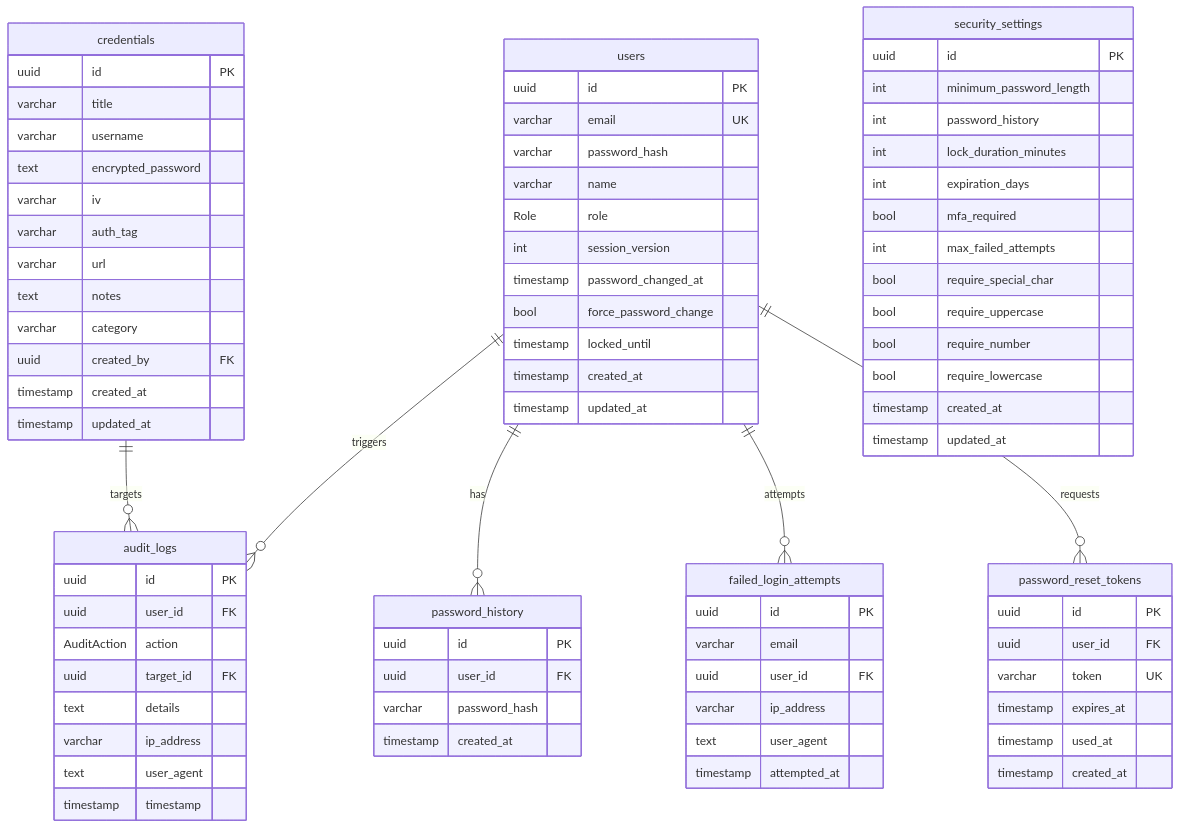
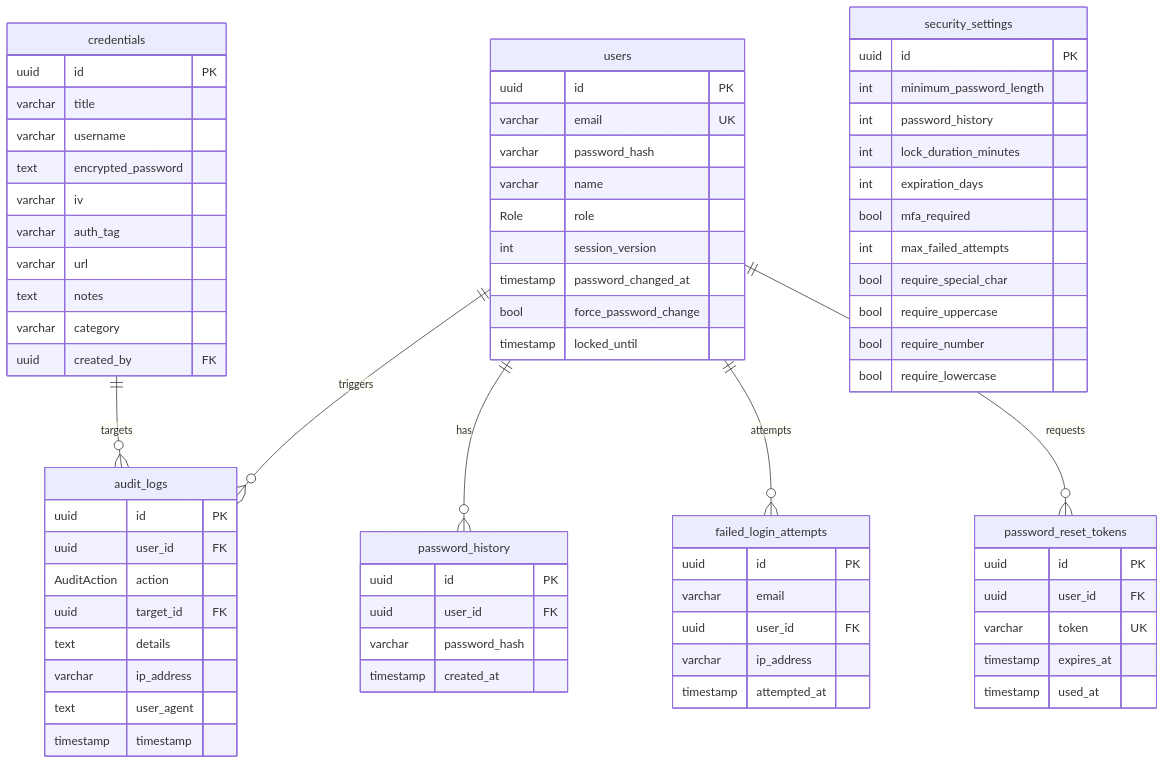
Before and after one commit to NajmAlzorqah/secure-vault: the diagram in README.md, drawn with Mermaid. The commit also changed other lines of this file and 7 other files, not shown here.

```diff
--- a/README.md
+++ b/README.md
@@ -162,8 +200,6 @@
         timestamp password_changed_at
         bool force_password_change
         timestamp locked_until
-        timestamp created_at
-        timestamp updated_at
     }
     credentials {
         uuid id PK
@@ -176,8 +212,6 @@
         text notes
         varchar category
         uuid created_by FK
-        timestamp created_at
-        timestamp updated_at
     }
     audit_logs {
         uuid id PK
@@ -201,8 +235,6 @@
         bool require_uppercase
         bool require_number
         bool require_lowercase
-        timestamp created_at
-        timestamp updated_at
     }
     password_history {
         uuid id PK
@@ -215,7 +247,6 @@
         varchar email
         uuid user_id FK
         varchar ip_address
-        text user_agent
         timestamp attempted_at
     }
     password_reset_tokens {
@@ -224,7 +255,6 @@
         varchar token UK
         timestamp expires_at
         timestamp used_at
-        timestamp created_at
     }
 
     users ||--o{ audit_logs : "triggers"
```
